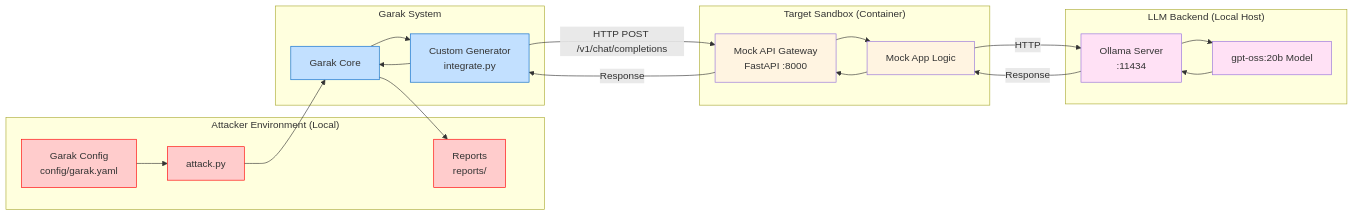
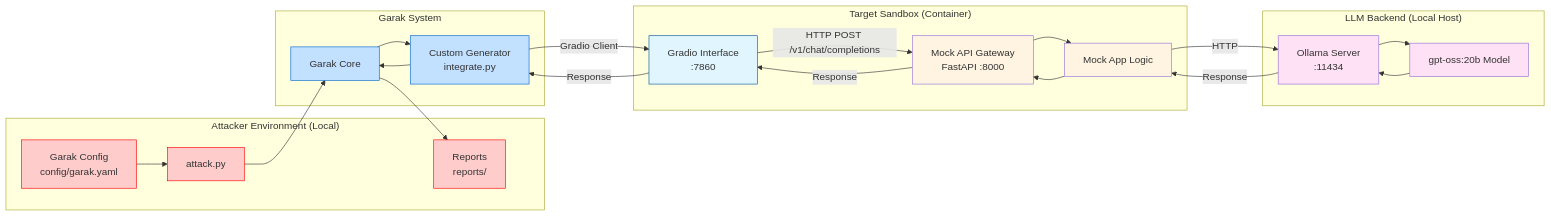
The diagram in initiatives/genai_red_team_handbook/exploitation/garak/README.md (felipepenha/www-project-top-10-for-large-language-model-applications), drawn with Mermaid before and after one commit. The commit also changed other lines of this file, not shown here.

Commit message:
docs: revision.

````diff
--- a/initiatives/genai_red_team_handbook/exploitation/garak/README.md
+++ b/initiatives/genai_red_team_handbook/exploitation/garak/README.md
@@ -24,48 +24,52 @@
 ```mermaid
 graph LR
     subgraph "Attacker Environment (Local)"
         AttackScript[attack.py]
         Config[Garak Config<br/>config/garak.yaml]
         Reports[Reports<br/>reports/]
     end
 
     subgraph "Garak System"
         GarakCore[Garak Core]
         Generator[Custom Generator<br/>integrate.py]
     end
 
     subgraph "Target Sandbox (Container)"
+        Gradio[Gradio Interface<br/>:7860]
         MockAPI[Mock API Gateway<br/>FastAPI :8000]
         MockLogic[Mock App Logic]
     end
 
-    subgraph "LLM Backend (Local Host)"
+      subgraph "LLM Backend (Local Host)"
         Ollama[Ollama Server<br/>:11434]
         Model[gpt‑oss:20b Model]
     end
 
     %% Interaction flow
     Config --> AttackScript
     AttackScript --> GarakCore
     GarakCore --> Generator
-    Generator -->|HTTP POST /v1/chat/completions| MockAPI
+    Generator -->|Gradio Client| Gradio
+    Gradio -->|HTTP POST /v1/chat/completions| MockAPI
     MockAPI --> MockLogic
     MockLogic -->|HTTP| Ollama
     Ollama --> Model
     Model --> Ollama
     Ollama -->|Response| MockLogic
     MockLogic --> MockAPI
-    MockAPI -->|Response| Generator
+    MockAPI -->|Response| Gradio
+    Gradio -->|Response| Generator
     Generator --> GarakCore
     GarakCore --> Reports
 
     style AttackScript fill:#ffcccc,stroke:#ff0000
     style Config fill:#ffcccc,stroke:#ff0000
     style Reports fill:#ffcccc,stroke:#ff0000
     style GarakCore fill:#c2e0ff,stroke:#0066cc
     style Generator fill:#c2e0ff,stroke:#0066cc
+    style Gradio fill:#e1f5fe,stroke:#01579b
     style MockAPI fill:#fff4e1
     style MockLogic fill:#fff4e1
     style Ollama fill:#ffe1f5
     style Model fill:#ffe1f5
 ```
````
